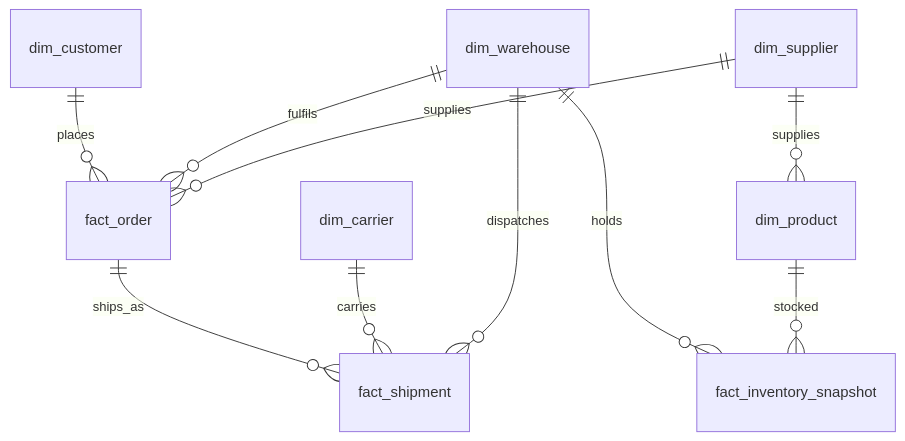
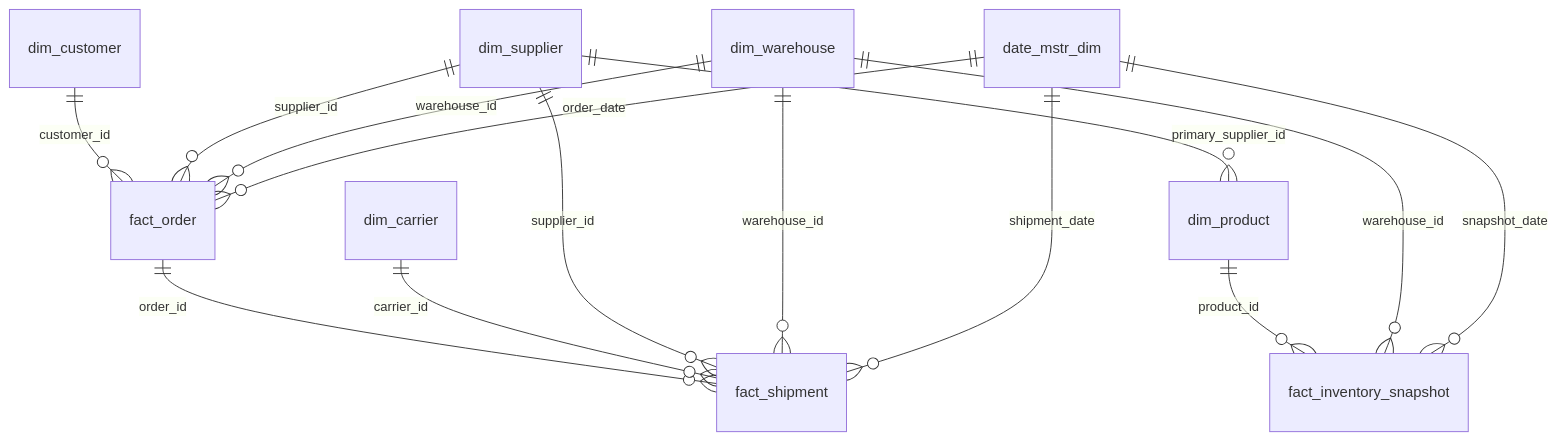
Before and after one commit to ghanshyamhadiya/Supply_chain: the third of 4 diagrams in README.md, drawn with Mermaid. The commit also changed other lines of this file, not shown here.

````diff
--- a/README.md
+++ b/README.md
@@ -137,12 +98,16 @@
 ```mermaid
 erDiagram
-    dim_customer  ||--o{ fact_order : places
-    dim_warehouse ||--o{ fact_order : fulfils
-    dim_supplier  ||--o{ fact_order : supplies
-    fact_order    ||--o{ fact_shipment : ships_as
-    dim_carrier   ||--o{ fact_shipment : carries
-    dim_warehouse ||--o{ fact_shipment : dispatches
-    dim_warehouse ||--o{ fact_inventory_snapshot : holds
-    dim_product   ||--o{ fact_inventory_snapshot : stocked
-    dim_supplier  ||--o{ dim_product : supplies
+    dim_customer  ||--o{ fact_order              : customer_id
+    dim_supplier  ||--o{ fact_order              : supplier_id
+    dim_warehouse ||--o{ fact_order              : warehouse_id
+    fact_order    ||--o{ fact_shipment           : order_id
+    dim_carrier   ||--o{ fact_shipment           : carrier_id
+    dim_supplier  ||--o{ fact_shipment           : supplier_id
+    dim_warehouse ||--o{ fact_shipment           : warehouse_id
+    dim_product   ||--o{ fact_inventory_snapshot : product_id
+    dim_warehouse ||--o{ fact_inventory_snapshot : warehouse_id
+    dim_supplier  ||--o{ dim_product             : primary_supplier_id
+    date_mstr_dim ||--o{ fact_order              : order_date
+    date_mstr_dim ||--o{ fact_shipment           : shipment_date
+    date_mstr_dim ||--o{ fact_inventory_snapshot : snapshot_date
 ```
````
